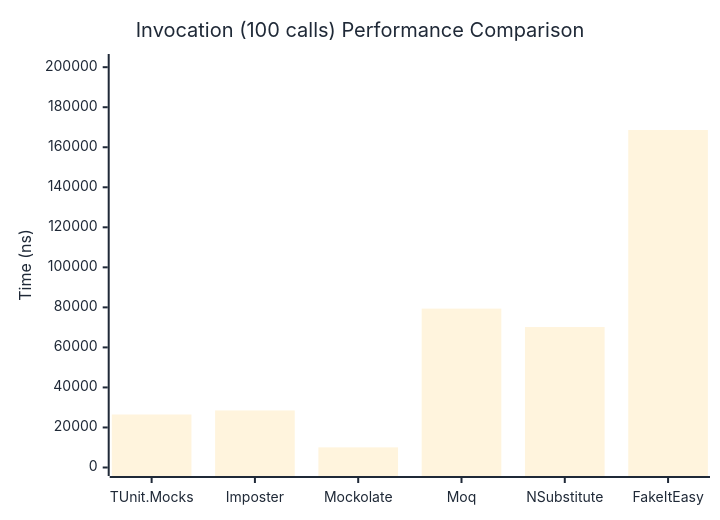
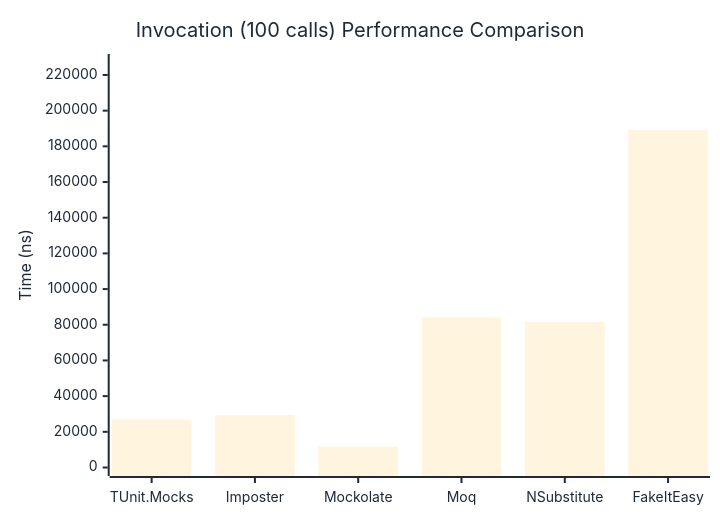
One commit to thomhurst/TUnit changed the third of 3 diagrams in docs/docs/benchmarks/mocks/Invocation.md. Above: the diagram before and after it, drawn with Mermaid. The commit also changed other lines of this file and 14 other files, not shown here.

````diff
--- a/docs/docs/benchmarks/mocks/Invocation.md
+++ b/docs/docs/benchmarks/mocks/Invocation.md
@@ -112,27 +112,27 @@
 ```mermaid
 %%{init: {
   'theme':'base',
   'themeVariables': {
     'primaryColor': '#2563eb',
     'primaryTextColor': '#1f2937',
     'primaryBorderColor': '#1e40af',
     'lineColor': '#6b7280',
     'secondaryColor': '#7c3aed',
     'tertiaryColor': '#dc2626',
     'background': '#ffffff',
     'pie1': '#2563eb',
     'pie2': '#7c3aed',
     'pie3': '#dc2626',
     'pie4': '#f59e0b',
     'pie5': '#10b981',
     'pie6': '#06b6d4',
     'pie7': '#ec4899',
     'pie8': '#6366f1'
   }
 }}%%
 xychart-beta
   title "Invocation (100 calls) Performance Comparison"
   x-axis ["TUnit.Mocks", "Imposter", "Mockolate", "Moq", "NSubstitute", "FakeItEasy"]
-  y-axis "Time (ns)" 0 --> 202341
-  bar [26483.3, 28505.24, 10054.47, 79382.16, 70175.73, 168617.38]
+  y-axis "Time (ns)" 0 --> 226980
+  bar [26826.63, 29511.61, 11657.19, 84109.9, 81507.37, 189149.81]
 ```
````
